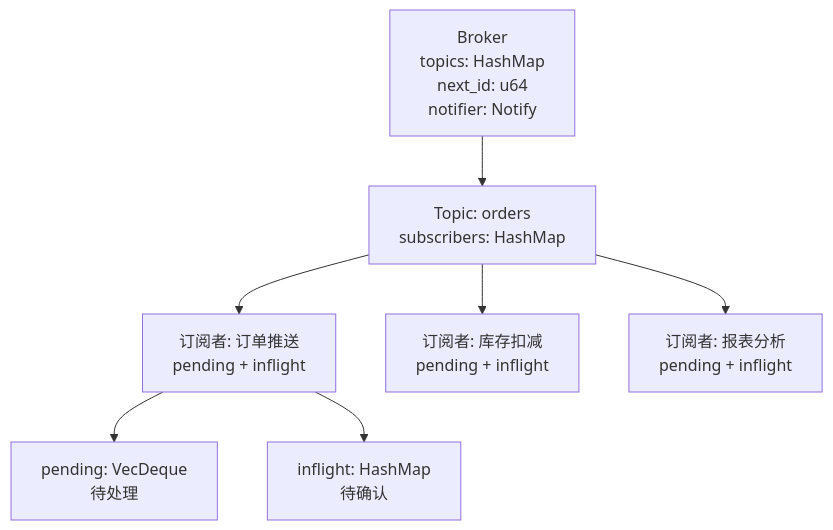
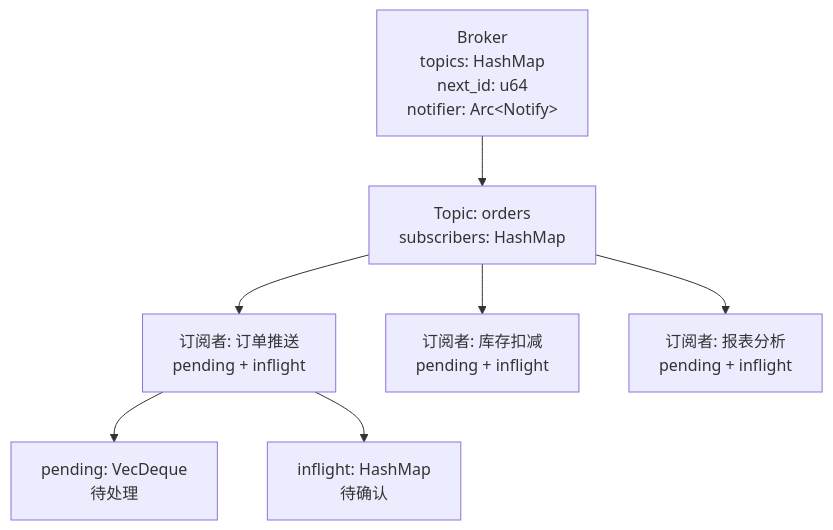
One commit to MrTwoc/Mymq-rs changed the second of 4 diagrams in LEARNING.md. Above: the diagram before and after it, drawn with Mermaid. The commit also changed other lines of this file and 2 other files, not shown here.

````diff
--- a/LEARNING.md
+++ b/LEARNING.md
@@ -170,9 +173,9 @@
 ```mermaid
 flowchart TD
-    B[Broker<br/>topics: HashMap<String, Topic><br/>next_id: u64<br/>notifier: Notify] --> T[Topic: orders<br/>subscribers: HashMap<String, SubscriberState>]
+    B[Broker<br/>topics: HashMap<String, Topic><br/>next_id: u64<br/>notifier: Arc&lt;Notify&gt;] --> T[Topic: orders<br/>subscribers: HashMap<String, SubscriberState>]
     T --> S1[订阅者: 订单推送<br/>pending + inflight]
     T --> S2[订阅者: 库存扣减<br/>pending + inflight]
     T --> S3[订阅者: 报表分析<br/>pending + inflight]
     S1 --> Q1[pending: VecDeque<br/>待处理]
     S1 --> I1[inflight: HashMap<br/>待确认]
 ```
````
